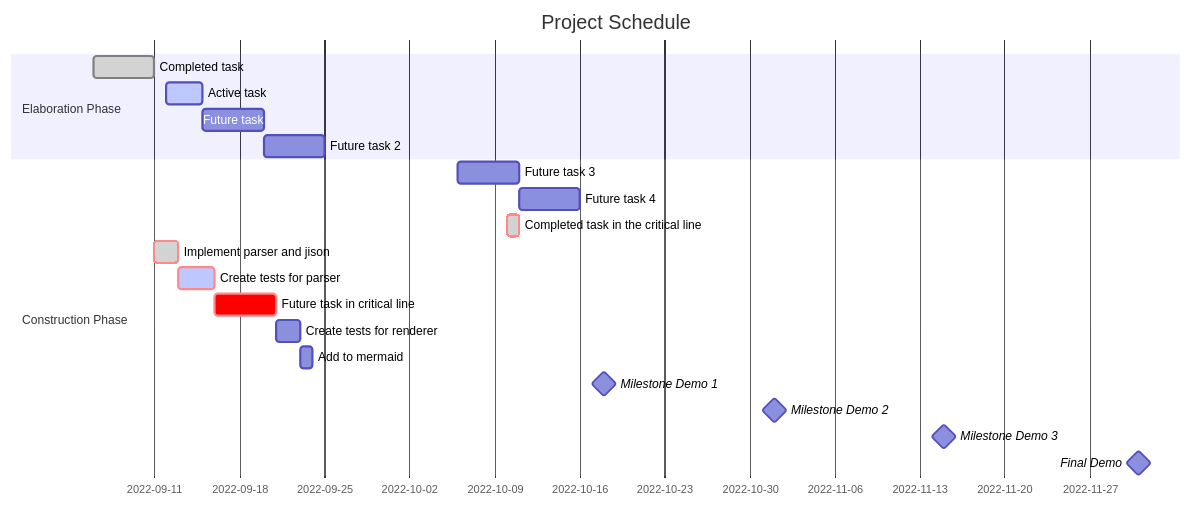
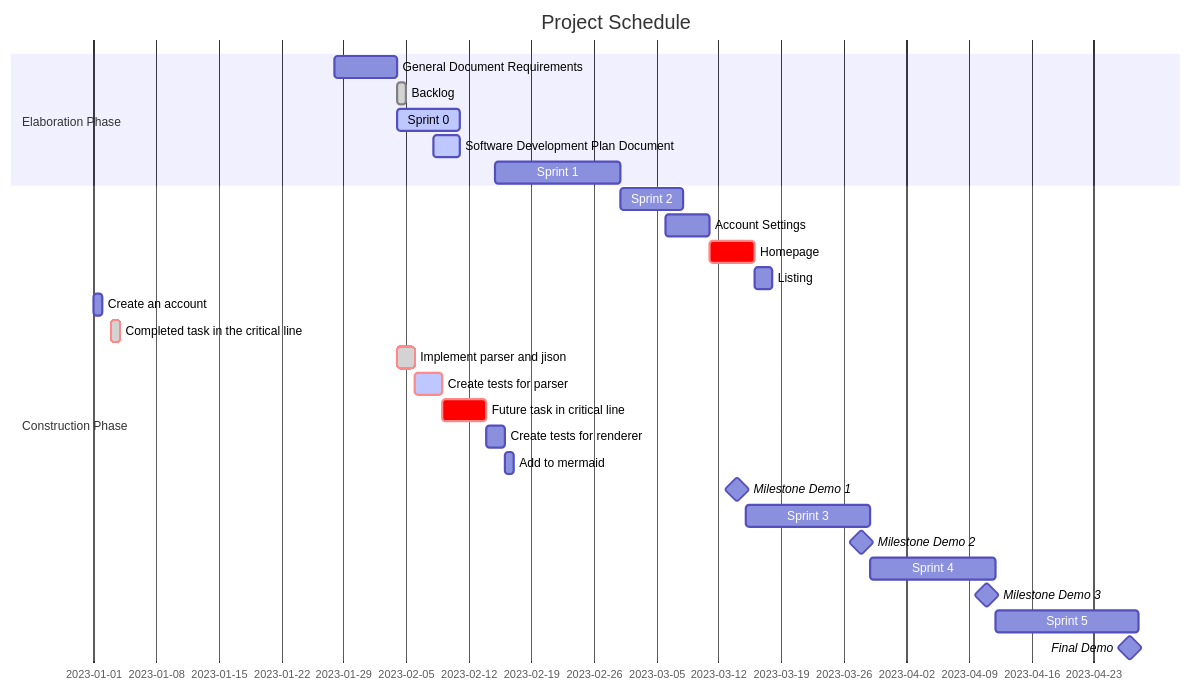
Before and after one commit to Capstone-Projects-2023-Spring/project-tool-shed: the diagram in documentation/docs/development-plan/schedule.md, drawn with Mermaid.

Commit message:
Update schedule.md
General dates

````diff
--- a/documentation/docs/development-plan/schedule.md
+++ b/documentation/docs/development-plan/schedule.md
@@ -7,26 +7,40 @@
 ```mermaid
 gantt
     dateFormat  YYYY-MM-DD
     title       Project Schedule
 
     section Elaboration Phase
-    Completed task            :done,    des1, 2022-09-06,2022-09-11
-    Active task               :active,  des2, 2022-09-12, 3d
-    Future task               :         des3, after des2, 5d
-    Future task 2             :         des4, after des3, 5d
+    General Document Requirements: des1, 2023-01-28, 1w
+    Backlog                   :    done, after des1, 1d
+    Sprint 0                  :    active, des2, after des1, 1w
+       Software Development Plan Document   : active, 2023-02-08, 3d
+    Sprint 1                  :             , 2023-02-15, 2w
+    
 
     section Construction Phase
-    Future task 3             :         des5, 2022-10-06, 5d
-    Future task 4             :         des6, after des5, 5d
-    Completed task in the critical line :crit, done, 2022-10-10,24h
+    Sprint 2               :             , 2023-03-01, 1w
+    Account Settings            :         des5, 2023-03-06, 5d
+    Homepage                    :crit,  des6, after des5, 5d
+    Listing                     :         des7, after des6, 2d
+    Create an account           :         , 2023, 1d
+    
+    
+    
+    
+    
+    Completed task in the critical line :crit, done, 2023-1-03, 24h
     Implement parser and jison          :crit, done, after des1, 2d
     Create tests for parser             :crit, active, 3d
     Future task in critical line        :crit, 5d
     Create tests for renderer           :2d
     Add to mermaid                      :1d
-   Milestone Demo 1                     :milestone, 2022-10-18, 0d
-   Milestone Demo 2                     :milestone, 2022-11-01, 0d
-   Milestone Demo 3                     :milestone, 2022-11-15, 0d
-   Final Demo                           :milestone, 2022-12-01, 0d
+
+   Milestone Demo 1                     :milestone, 2023-03-14, 0d
+   Sprint 3                             :    , 2023-03-15, 2w
+   Milestone Demo 2                     :milestone, 2023-03-28, 0d
+   Sprint 4                             :    , 2023-03-29, 2w
+   Milestone Demo 3                     :milestone, 2023-04-11, 0d
+   Sprint 5                             :    , 2023-04-12, 16d
+   Final Demo                           :milestone, 2023-04-27, 0d
    
 ```
````
